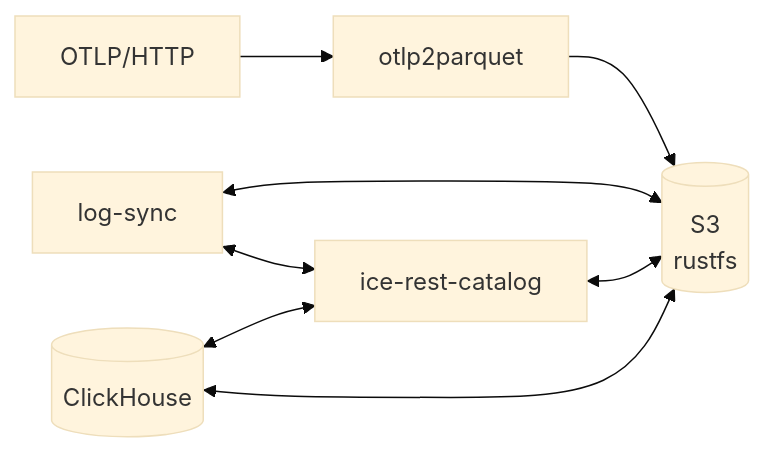
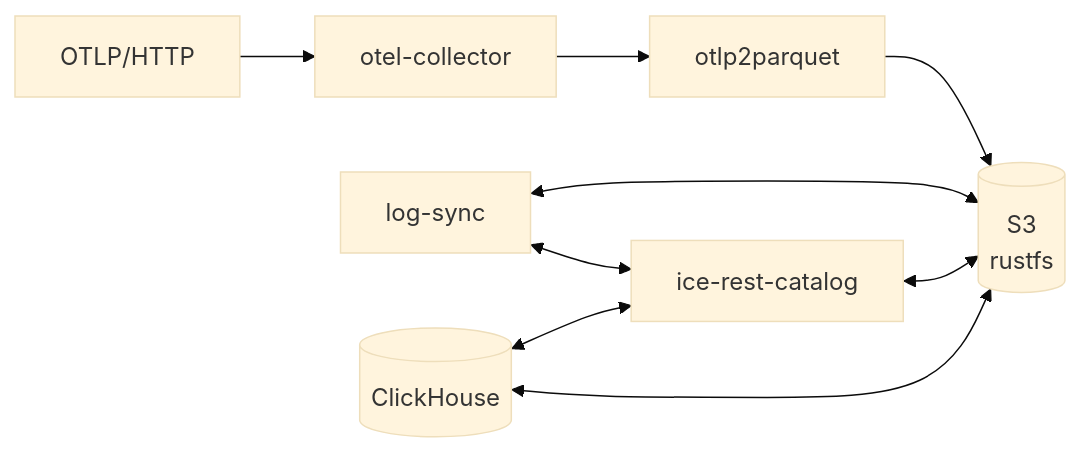
One commit to Altinity/demo-otel-parquet-antalya changed the diagram in README.md. Above: the diagram before and after it, drawn with Mermaid (base theme). The commit also changed other lines of this file and 2 other files, not shown here.

Commit message:
adds opentelemetry collector for batching, telemetrygen for load testing

````diff
--- a/README.md
+++ b/README.md
@@ -7,10 +7,11 @@
 ```mermaid
 flowchart LR
-    OTLP[OTLP/HTTP] --> O2P[otlp2parquet]
+    OTLP[OTLP/HTTP] --> OC[otel-collector]
+    OC --> O2P[otlp2parquet]
     O2P --> S3[(S3<br/>rustfs)]
     SYNC[log-sync] <--> S3
     CAT[ice-rest-catalog] <--> S3
     CH[(ClickHouse)] <--> S3
     SYNC <--> CAT
     CH <--> CAT
 ```
````
